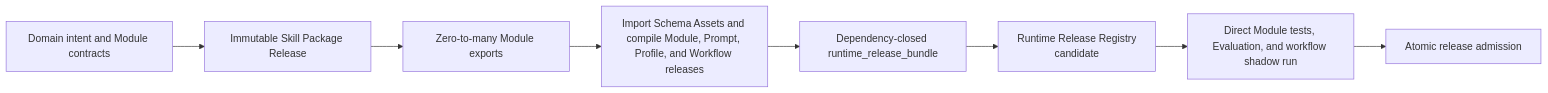
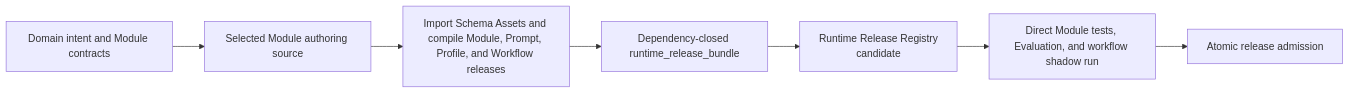
Before and after one commit to bobaoai/agent_runtime: the second of 6 diagrams in 09_soul/governance/t0/the_agent_runtime.md, drawn with Mermaid. The commit also changed other lines of this file and 62 other files, not shown here.

````diff
--- a/09_soul/governance/t0/the_agent_runtime.md
+++ b/09_soul/governance/t0/the_agent_runtime.md
@@ -141,10 +141,9 @@
 ```mermaid
 flowchart LR
-    INTENT["Domain intent and Module contracts"] --> SKILL["Immutable Skill Package Release"]
-    SKILL --> EXPORT["Zero-to-many Module exports"]
-    EXPORT --> COMPILE["Import Schema Assets and compile Module, Prompt, Profile, and Workflow releases"]
+    INTENT["Domain intent and Module contracts"] --> SOURCE["Selected Module authoring source"]
+    SOURCE --> COMPILE["Import Schema Assets and compile Module, Prompt, Profile, and Workflow releases"]
     COMPILE --> BUNDLE["Dependency-closed runtime_release_bundle"]
     BUNDLE --> REGISTRY_CANDIDATE["Runtime Release Registry<br/>candidate"]
     REGISTRY_CANDIDATE --> TEST["Direct Module tests, Evaluation, and workflow shadow run"]
     TEST --> ADMIT["Atomic release admission"]
 ```
````
